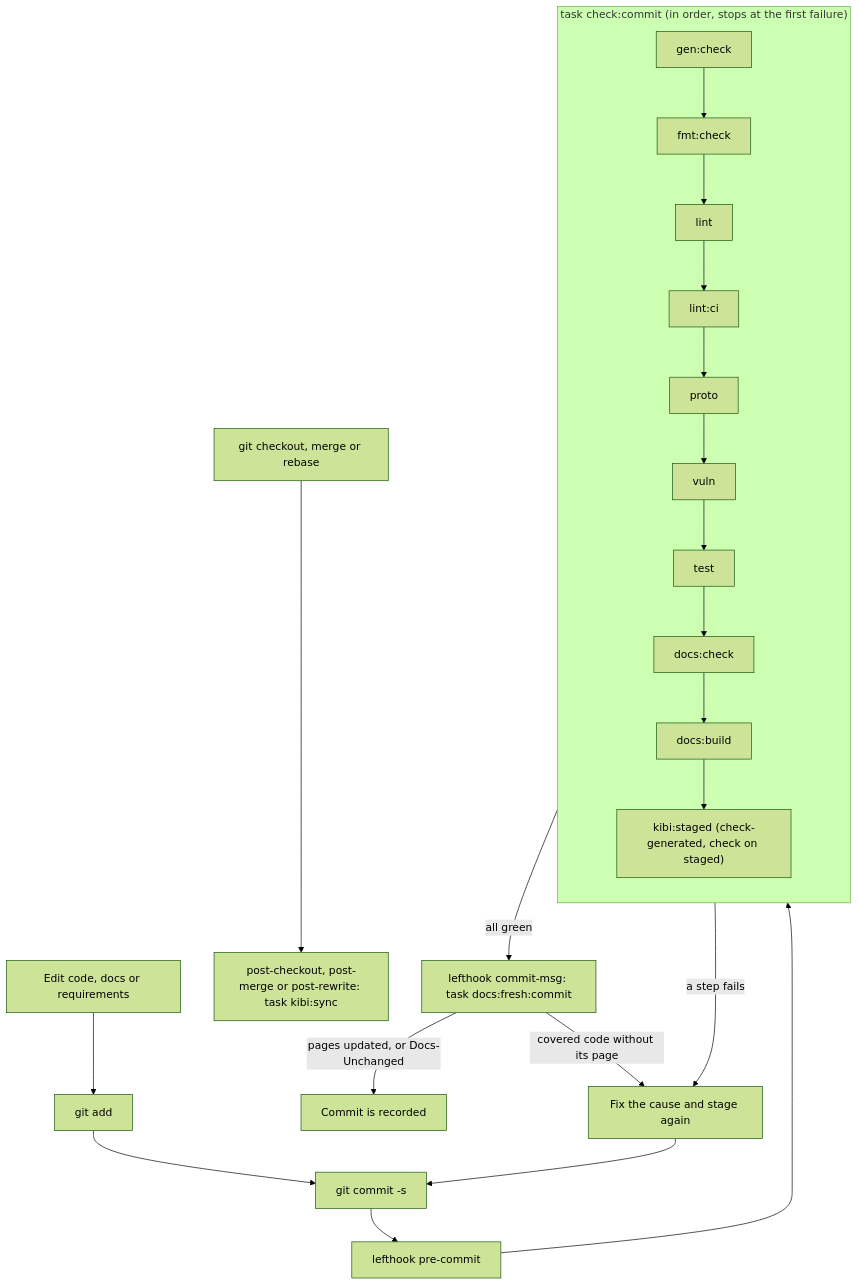
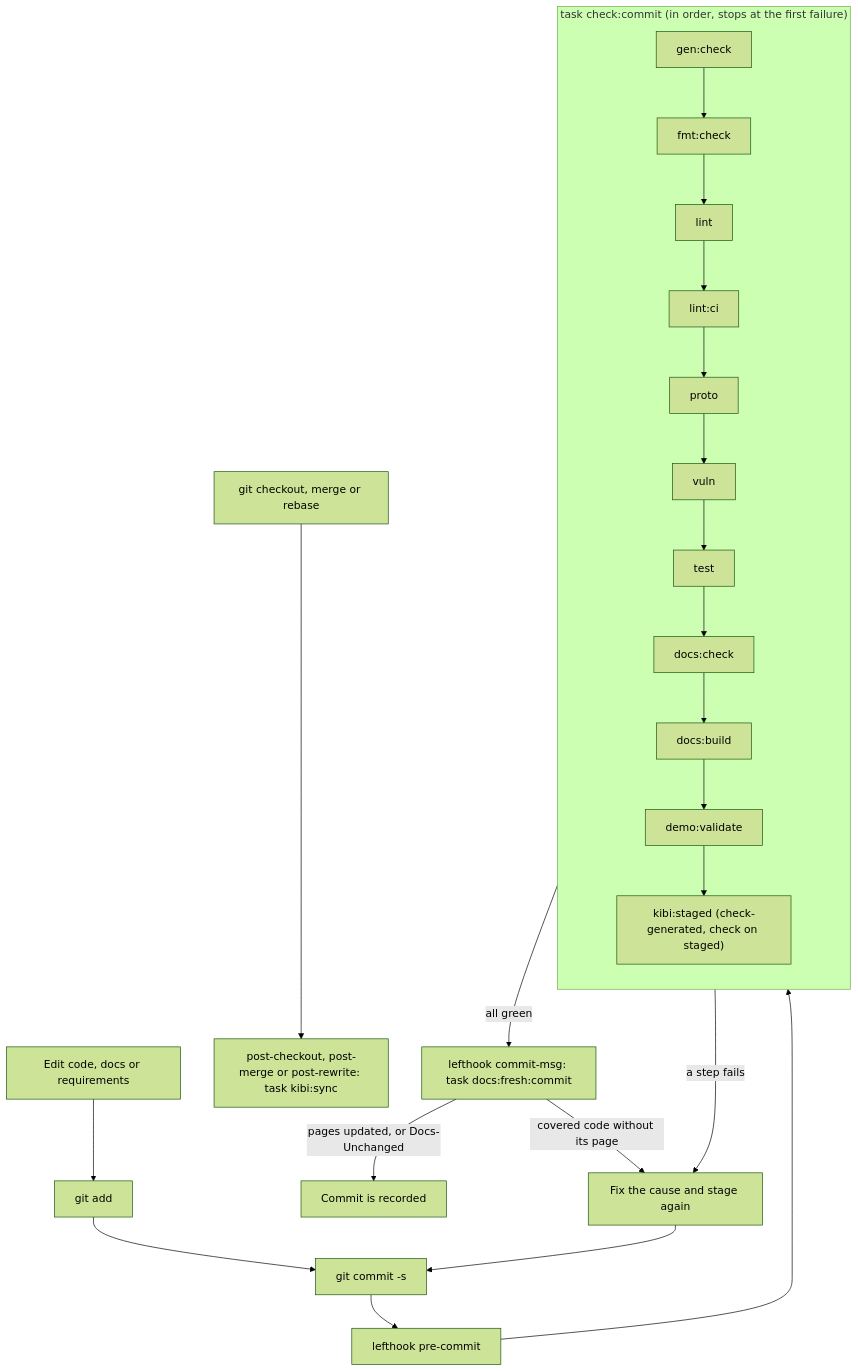
The second of 5 diagrams in docs/dev/pipeline.md (arkadiuss/openfief), drawn with Mermaid (forest theme) before and after one commit. The commit also changed other lines of this file and 3 other files, not shown here.

````diff
--- a/docs/dev/pipeline.md
+++ b/docs/dev/pipeline.md
@@ -96,18 +99,18 @@
 ```mermaid
 flowchart TD
   edit["Edit code, docs or requirements"] --> add["git add"]
   add --> commit["git commit -s"]
   commit --> hook["lefthook pre-commit"]
   hook --> cc
   subgraph cc["task check:commit (in order, stops at the first failure)"]
     direction TB
     gen["gen:check"] --> fmt["fmt:check"] --> lint["lint"] --> lintci["lint:ci"] --> proto["proto"]
-    proto --> vuln["vuln"] --> test["test"] --> docs["docs:check"] --> site["docs:build"] --> kibi["kibi:staged (check-generated, check on staged)"]
+    proto --> vuln["vuln"] --> test["test"] --> docs["docs:check"] --> site["docs:build"] --> dv["demo:validate"] --> kibi["kibi:staged (check-generated, check on staged)"]
   end
   cc -->|"all green"| msg["lefthook commit-msg: task docs:fresh:commit"]
   msg -->|"pages updated, or Docs-Unchanged"| done["Commit is recorded"]
   msg -->|"covered code without its page"| fix
   cc -->|"a step fails"| fix["Fix the cause and stage again"]
   fix --> commit
   switch["git checkout, merge or rebase"] --> sync["post-checkout, post-merge or post-rewrite: task kibi:sync"]
 ```
````
